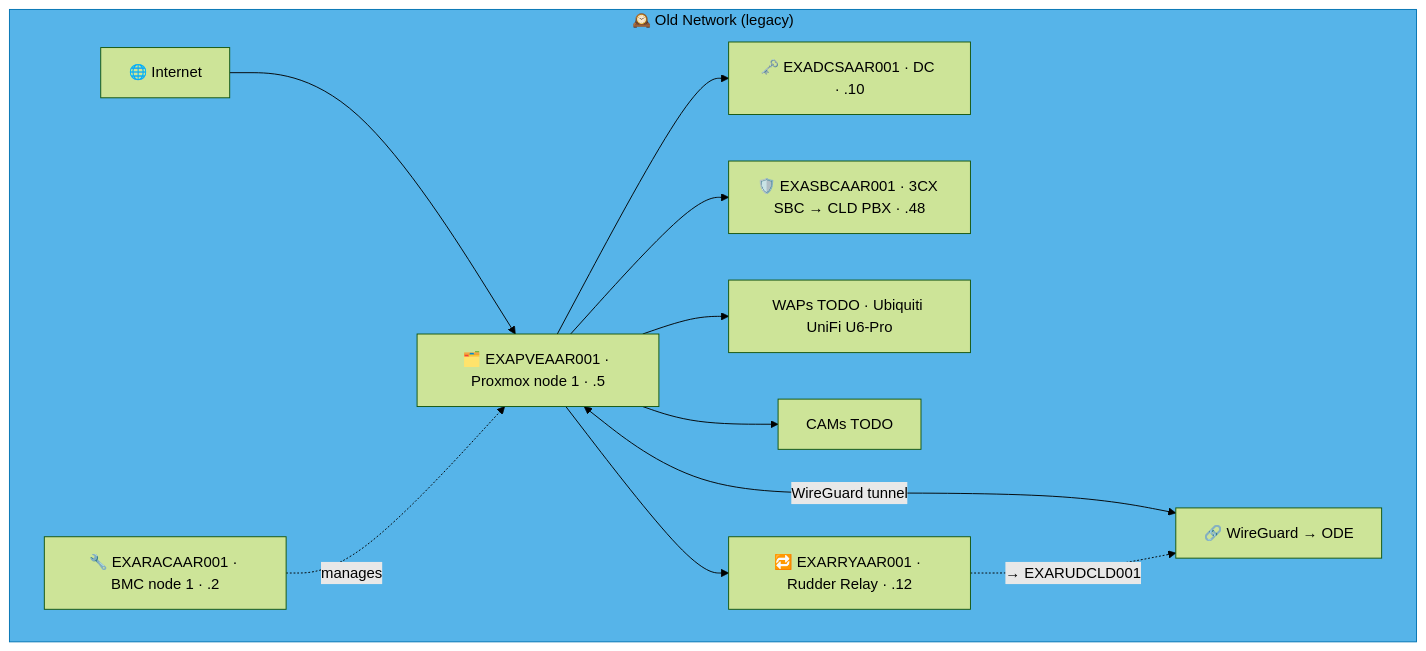
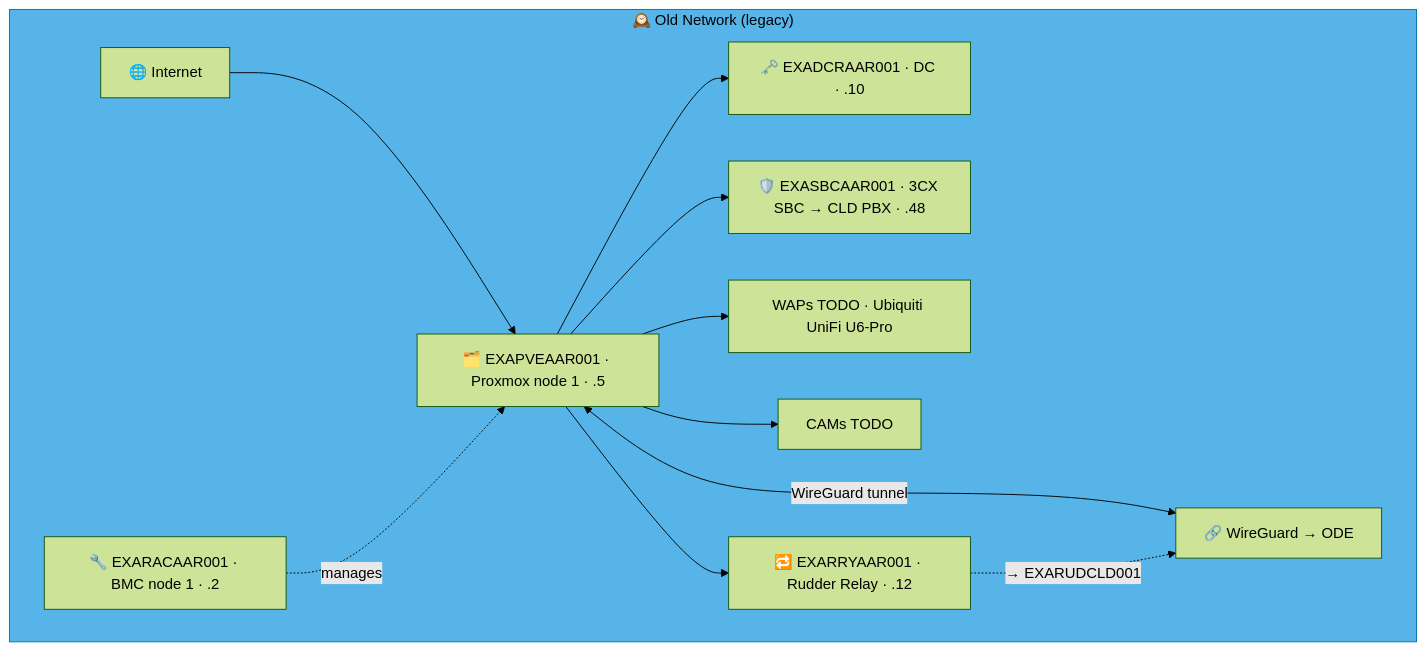
Before and after one commit to knightmare2600/example_music_infra: diagram 16 of 23 in docs/network-diagram/danmark.md, drawn with Mermaid (forest theme). The commit also changed other lines of this file and 8 other files, not shown here.

````diff
--- a/docs/network-diagram/danmark.md
+++ b/docs/network-diagram/danmark.md
@@ -720,23 +703,23 @@
 ```mermaid
 graph TD
     subgraph OLD_AAR ["🕰️ Old Network (legacy)"]
       INET["🌐 Internet"]
       RAC["🔧 EXARACAAR001 · BMC node 1 · .2"]
       PVE["🗂️ EXAPVEAAR001 · Proxmox node 1 · .5"]
-      DC["🗝️ EXADCSAAR001 · DC · .10"]
+      DC["🗝️ EXADCRAAR001 · DC · .10"]
       SBC["🛡️ EXASBCAAR001 · 3CX SBC → CLD PBX · .48"]
       RRY["🔁 EXARRYAAR001 · Rudder Relay · .12"]
       WAP["WAPs TODO · Ubiquiti UniFi U6-Pro"]
       CAM["CAMs TODO"]
       VPN["🔗 WireGuard → ODE"]
 
       INET --> PVE --> DC & SBC
       RAC -.->|"manages"| PVE
       PVE --> WAP & CAM
       PVE <-->|"WireGuard tunnel"| VPN
 
       PVE --> RRY
       RRY -. "→ EXARUDCLD001" .-> VPN
     end
     style OLD_AAR fill:#56B4E9,stroke:#0072B2,color:#000000
 ```
````
